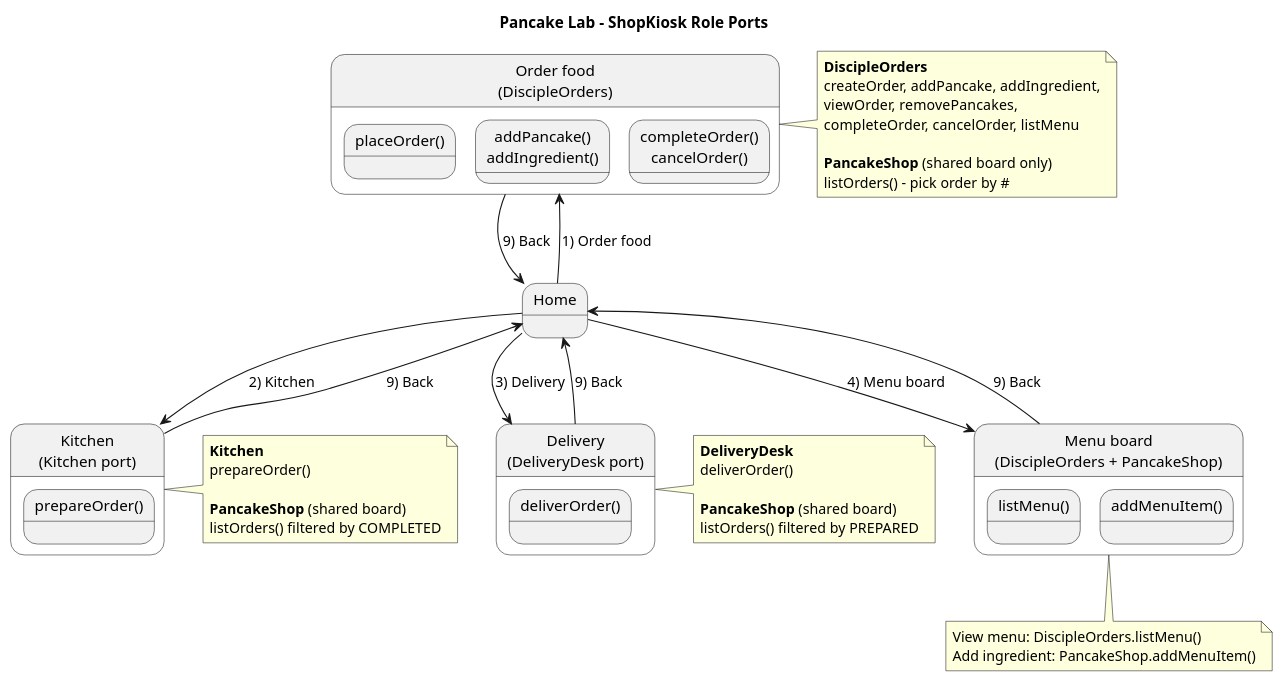
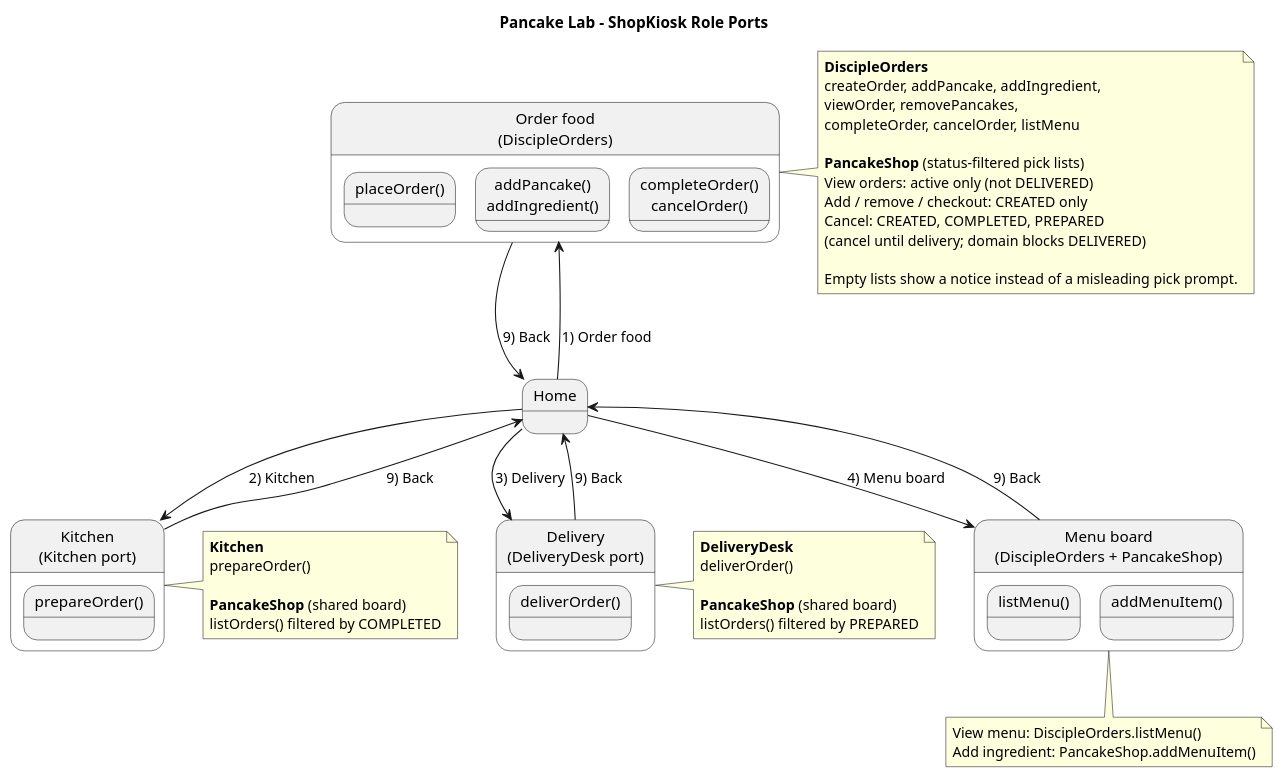
The diagram in docs/architecture-kiosk.puml (devnisaev/PancakeLab), drawn with PlantUML before and after one commit. The commit also changed 14 other files, not shown here.

```diff
--- a/docs/architecture-kiosk.puml
+++ b/docs/architecture-kiosk.puml
@@ -1,68 +1,73 @@
 @startuml
 title Pancake Lab - ShopKiosk Role Ports
 
 skinparam shadowing false
 
 state Home
 
 state "Order food\n(DiscipleOrders)" as OrderDesk {
   state "placeOrder()" as place
   state "addPancake()\naddIngredient()" as add
   state "completeOrder()\ncancelOrder()" as checkout
 }
 
 state "Kitchen\n(Kitchen port)" as KitchenDesk {
   state "prepareOrder()" as prepare
 }
 
 state "Delivery\n(DeliveryDesk port)" as DeliveryDesk {
   state "deliverOrder()" as deliver
 }
 
 state "Menu board\n(DiscipleOrders + PancakeShop)" as MenuDesk {
   state "listMenu()" as viewMenu
   state "addMenuItem()" as extendMenu
 }
 
 Home --> OrderDesk : 1) Order food
 Home --> KitchenDesk : 2) Kitchen
 Home --> DeliveryDesk : 3) Delivery
 Home --> MenuDesk : 4) Menu board
 
 OrderDesk --> Home : 9) Back
 KitchenDesk --> Home : 9) Back
 DeliveryDesk --> Home : 9) Back
 MenuDesk --> Home : 9) Back
 
 note right of OrderDesk
   <b>DiscipleOrders</b>
   createOrder, addPancake, addIngredient,
   viewOrder, removePancakes,
   completeOrder, cancelOrder, listMenu
 
-  <b>PancakeShop</b> (shared board only)
-  listOrders() - pick order by #
+  <b>PancakeShop</b> (status-filtered pick lists)
+  View orders: active only (not DELIVERED)
+  Add / remove / checkout: CREATED only
+  Cancel: CREATED, COMPLETED, PREPARED
+  (cancel until delivery; domain blocks DELIVERED)
+
+  Empty lists show a notice instead of a misleading pick prompt.
 end note
 
 note right of KitchenDesk
   <b>Kitchen</b>
   prepareOrder()
 
   <b>PancakeShop</b> (shared board)
   listOrders() filtered by COMPLETED
 end note
 
 note right of DeliveryDesk
   <b>DeliveryDesk</b>
   deliverOrder()
 
   <b>PancakeShop</b> (shared board)
   listOrders() filtered by PREPARED
 end note
 
 note bottom of MenuDesk
   View menu: DiscipleOrders.listMenu()
   Add ingredient: PancakeShop.addMenuItem()
 end note
 
 @enduml
```
